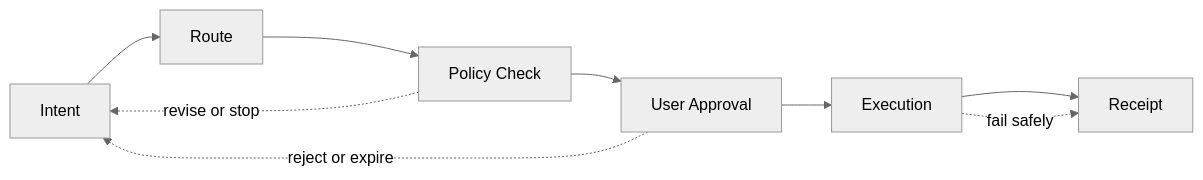
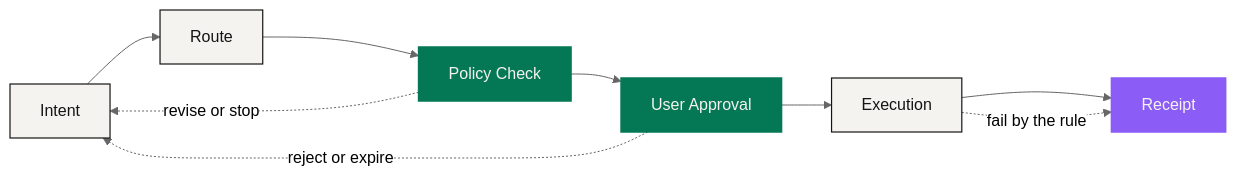
Before and after one commit to NEXONMarkets/NEXON-Whitepaper: the diagram in docs/en/02-the-translator/README.md, drawn with Mermaid (neutral theme). The commit also changed other lines of this file and 85 other files, not shown here.

````diff
--- a/docs/en/02-the-translator/README.md
+++ b/docs/en/02-the-translator/README.md
@@ -27,11 +56,17 @@
 ```mermaid
 flowchart LR
     I["Intent"] --> R["Route"]
     R --> P["Policy Check"]
     P --> A["User Approval"]
     A --> E["Execution"]
     E --> C["Receipt"]
     P -. "revise or stop" .-> I
     A -. "reject or expire" .-> I
-    E -. "fail safely" .-> C
+    E -. "fail by the rule" .-> C
+    classDef anchor fill:#047854,stroke:#047854,stroke-width:1.5px,color:#F5F3F0
+    classDef engine fill:#8B5CF6,stroke:#8B5CF6,stroke-width:1.5px,color:#F5F3F0
+    classDef solid  fill:#F5F3F0,stroke:#141414,stroke-width:1.2px,color:#141414
+    class I,R,E solid
+    class P,A anchor
+    class C engine
 ```
````
